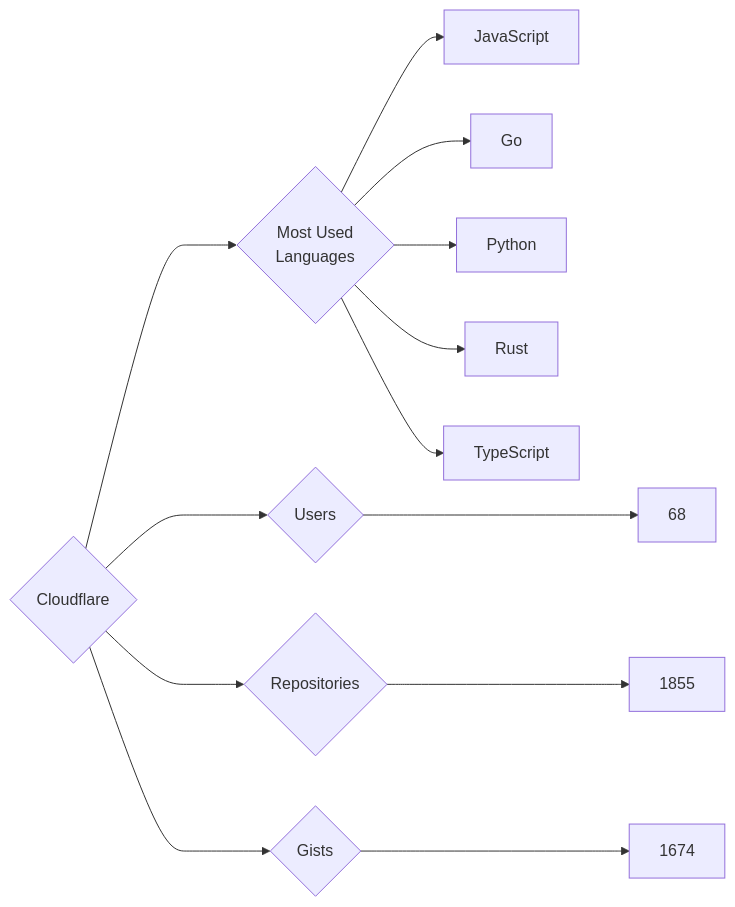
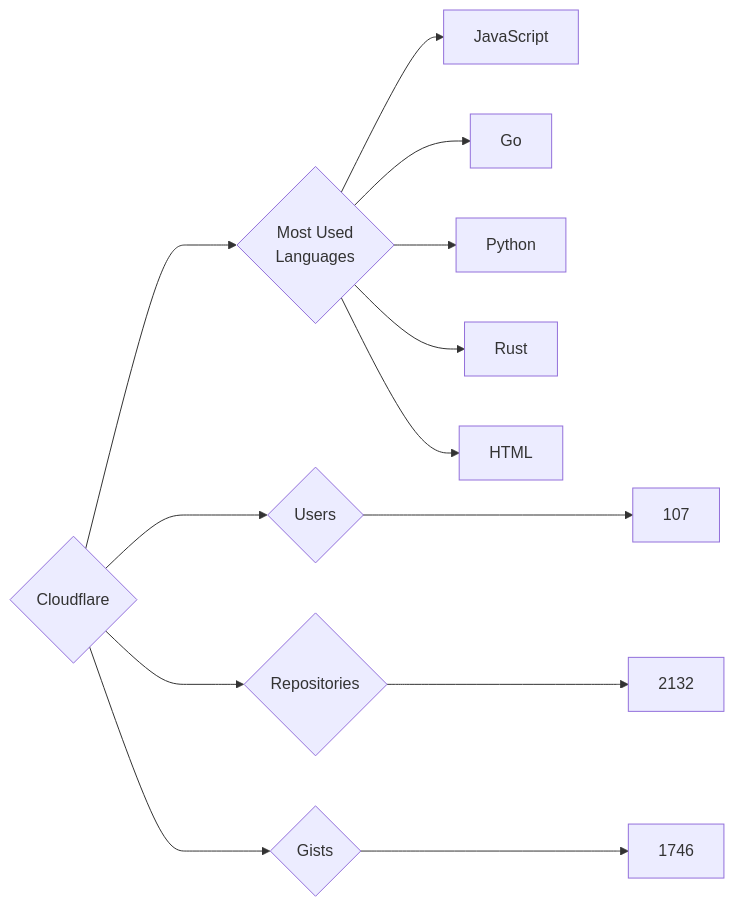
The diagram in targets/Cloudflare/README.md (trickest/insiders), drawn with Mermaid before and after one commit. The commit also changed 639 other files, not shown here.

````diff
--- a/targets/Cloudflare/README.md
+++ b/targets/Cloudflare/README.md
@@ -3,13 +3,13 @@
 ```mermaid
 graph LR
 COMPANY_NAME{Cloudflare}
-COMPANY_NAME ---> U{Users} ---> UN[68]
-COMPANY_NAME ---> R{Repositories} ---> RN[1855]
-COMPANY_NAME ---> G{Gists} ---> GN[1674]
+COMPANY_NAME ---> U{Users} ---> UN[107]
+COMPANY_NAME ---> R{Repositories} ---> RN[2132]
+COMPANY_NAME ---> G{Gists} ---> GN[1746]
 COMPANY_NAME ---> ML{Most Used<br>Languages}
 ML --> JavaScript[JavaScript]
 ML --> Go[Go]
 ML --> Python[Python]
 ML --> Rust[Rust]
-ML --> TypeScript[TypeScript]
+ML --> HTML[HTML]
 ```
````
